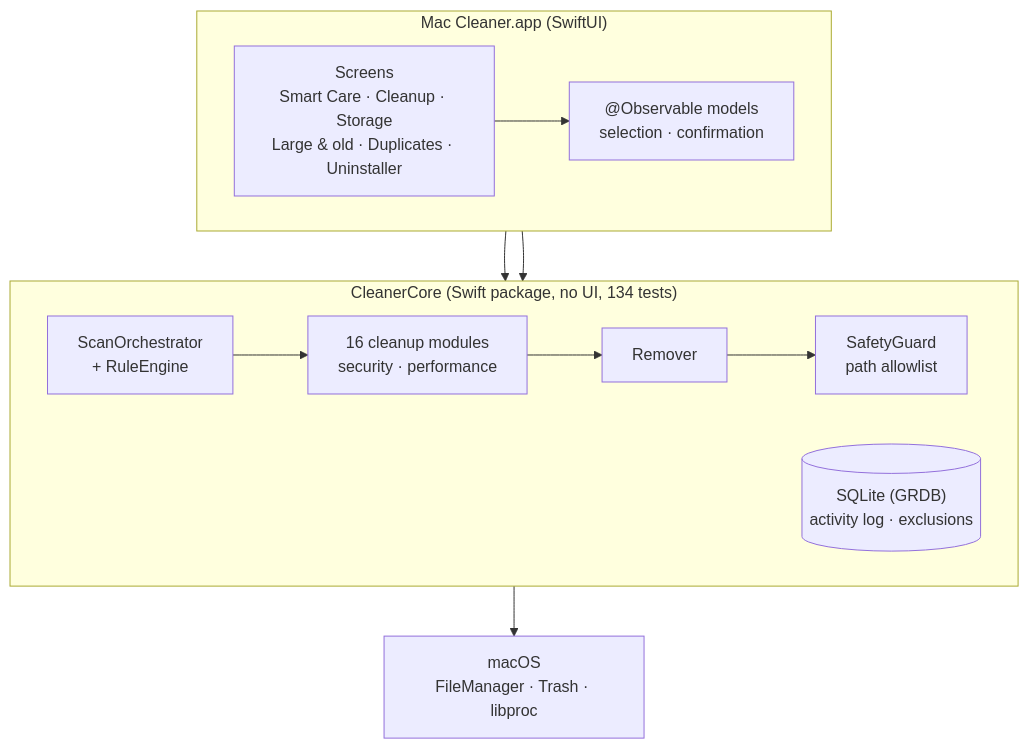
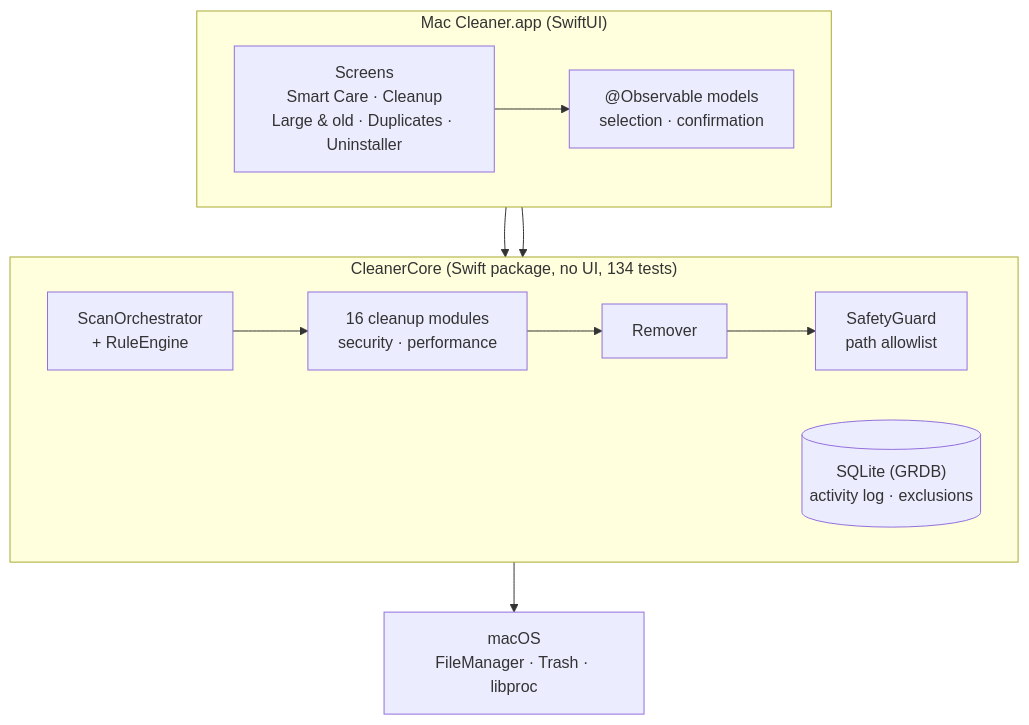
The second of 2 diagrams in README.md (ravishan123/MacCleanerX), drawn with Mermaid before and after one commit. The commit also changed other lines of this file and 5 other files, not shown here.

````diff
--- a/README.md
+++ b/README.md
@@ -95,16 +94,16 @@
 ```mermaid
 flowchart TB
     subgraph APP["Mac Cleaner.app (SwiftUI)"]
         direction LR
-        UI["Screens<br/>Smart Care · Cleanup · Storage<br/>Large & old · Duplicates · Uninstaller"] --> VM["@Observable models<br/>selection · confirmation"]
+        UI["Screens<br/>Smart Care · Cleanup<br/>Large & old · Duplicates · Uninstaller"] --> VM["@Observable models<br/>selection · confirmation"]
     end
     subgraph CORE["CleanerCore (Swift package, no UI, 134 tests)"]
         direction LR
         ORC["ScanOrchestrator<br/>+ RuleEngine"] --> MODS["16 cleanup modules<br/>security · performance"]
         MODS --> RM["Remover"] --> SG["SafetyGuard<br/>path allowlist"]
         DB[("SQLite (GRDB)<br/>activity log · exclusions")]
     end
     VM --> ORC
     VM --> DB
     SG --> MAC["macOS<br/>FileManager · Trash · libproc"]
 ```
````
